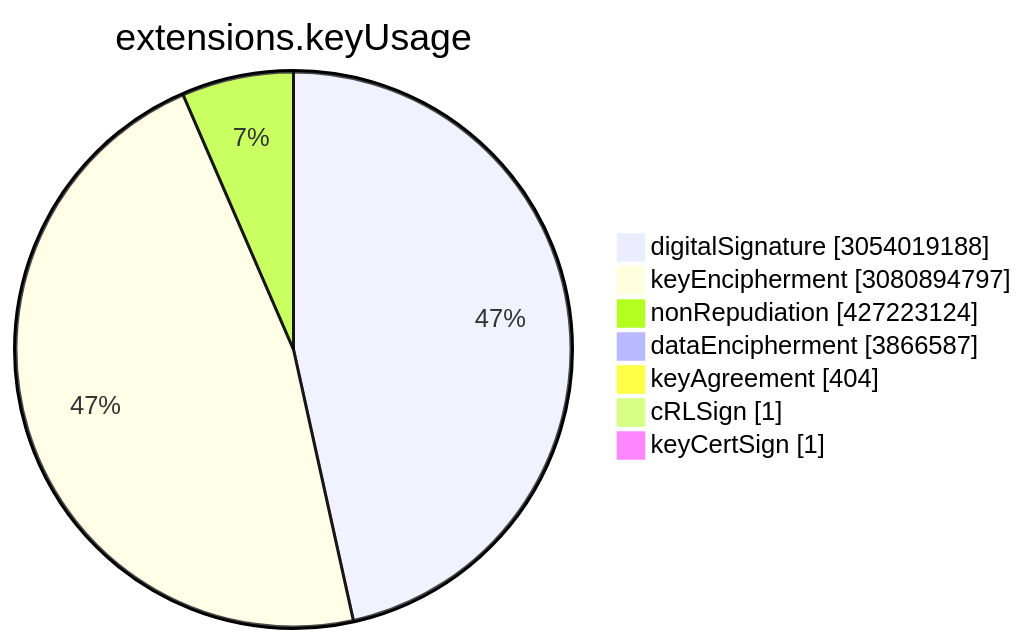
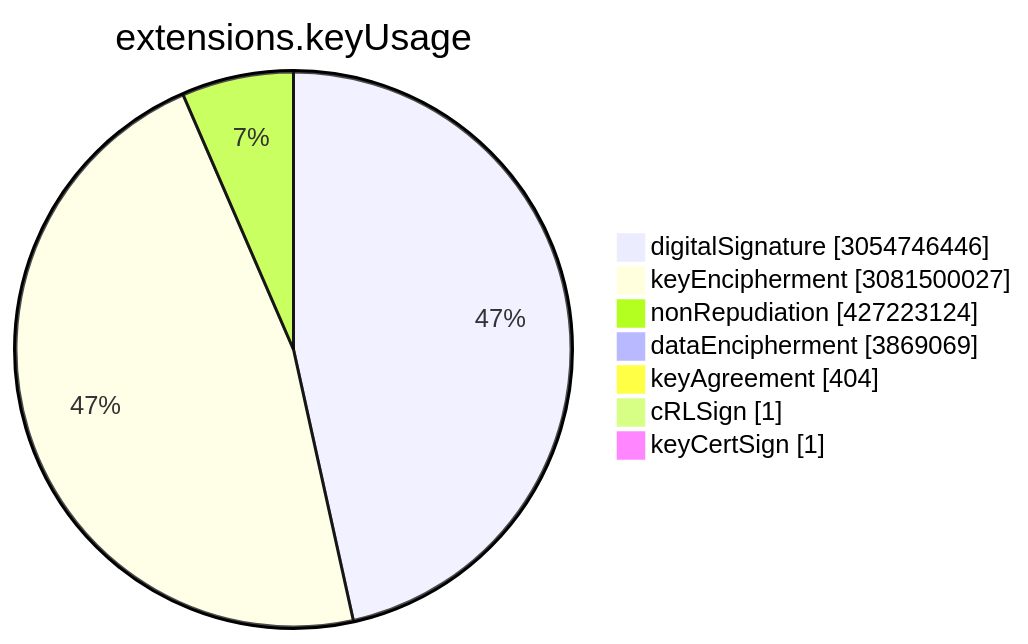
The sixth of 15 diagrams in TOTAL/README.md (christiankrug/ctmonitor_visualization), drawn with Mermaid before and after one commit. The commit also changed other lines of this file, not shown here.

````diff
--- a/TOTAL/README.md
+++ b/TOTAL/README.md
@@ -3077,11 +3077,11 @@
 ```mermaid
 pie showData
 title extensions.keyUsage
-"digitalSignature" :3054019188
-"keyEncipherment" :3080894797
+"digitalSignature" :3054746446
+"keyEncipherment" :3081500027
 "nonRepudiation" :427223124
-"dataEncipherment" :3866587
+"dataEncipherment" :3869069
 "keyAgreement" :404
 "cRLSign" :1
 "keyCertSign" :1
 ```
````
